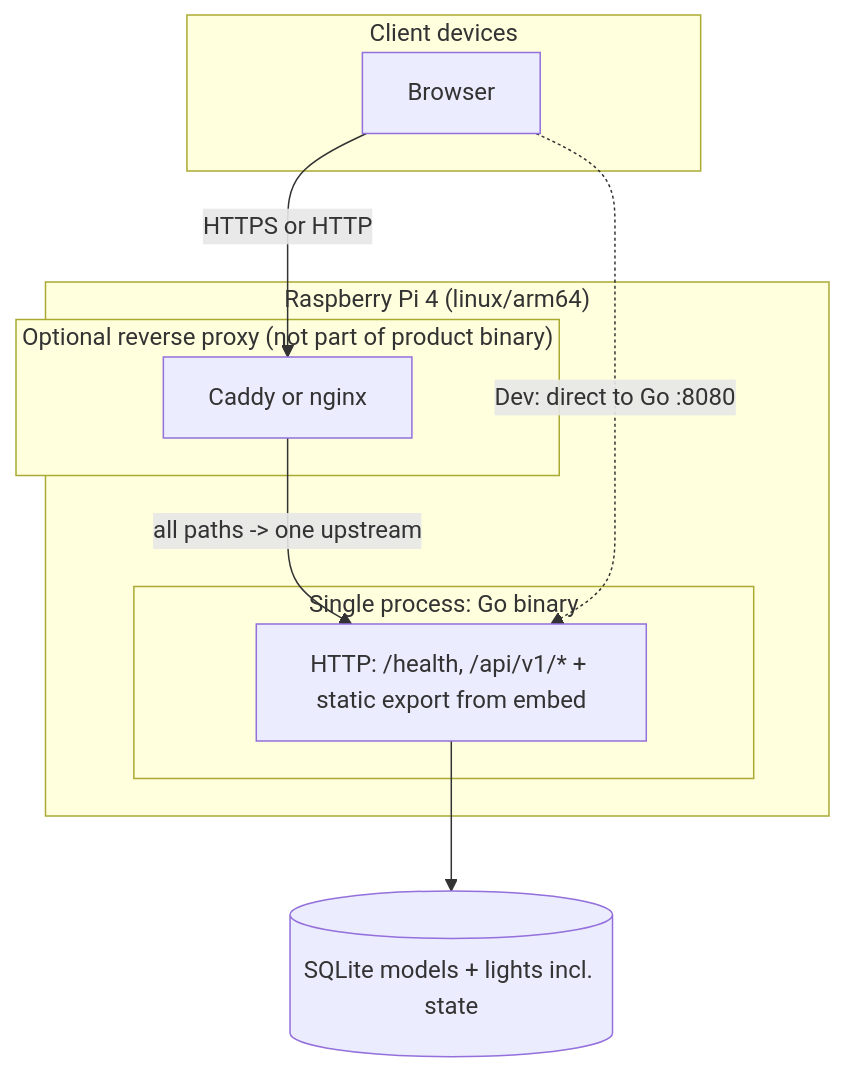
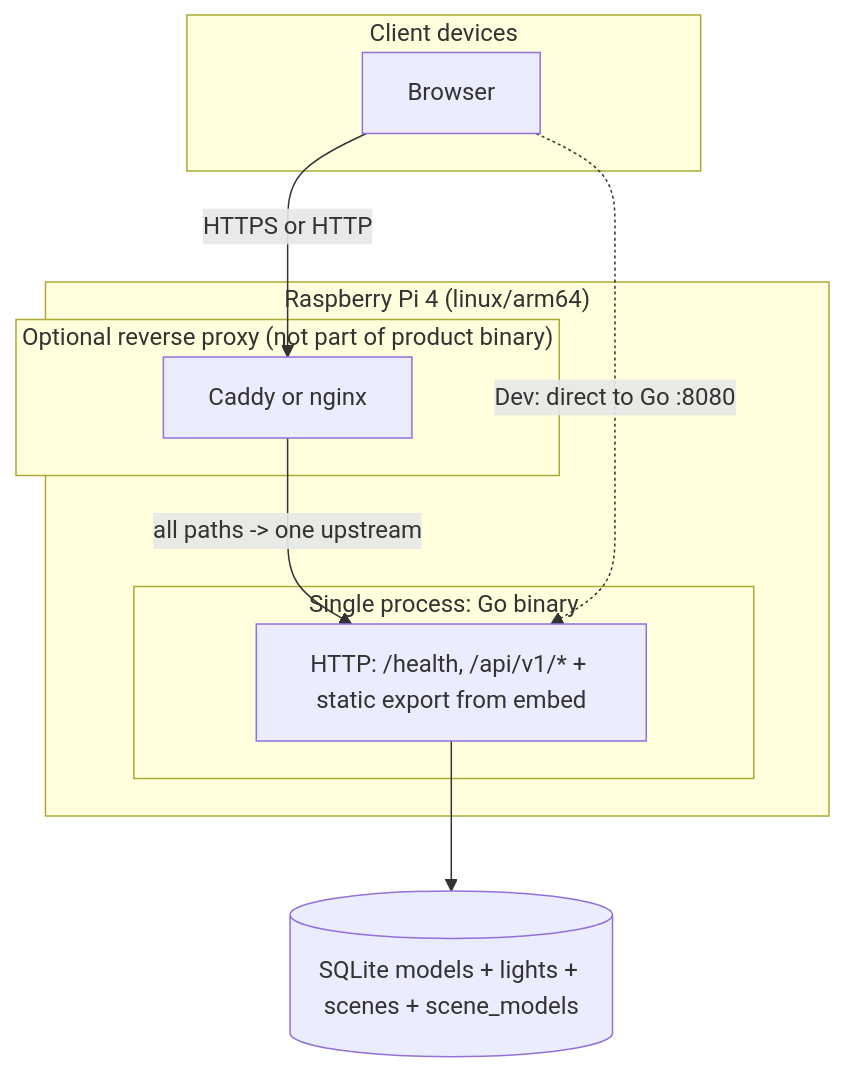
One commit to mudged/dlm changed the first of 13 diagrams in docs/architecture.md. Above: the diagram before and after it, drawn with Mermaid. The commit also changed other lines of this file and 22 other files, not shown here.

````diff
--- a/docs/architecture.md
+++ b/docs/architecture.md
@@ -442,20 +520,20 @@
 ```mermaid
 flowchart TB
   subgraph client["Client devices"]
     B[Browser]
   end
 
   subgraph pi["Raspberry Pi 4 (linux/arm64)"]
     subgraph edge["Optional reverse proxy (not part of product binary)"]
       P[Caddy or nginx]
     end
     subgraph app["Single process: Go binary"]
       G["HTTP: /health, /api/v1/* + static export from embed"]
     end
   end
 
   B -->|"HTTPS or HTTP"| P
   P -->|"all paths -> one upstream"| G
   B -.->|"Dev: direct to Go :8080"| G
-  G --> DB[(SQLite models + lights incl. state)]
+  G --> DB[(SQLite models + lights + scenes + scene_models)]
 ```
````
